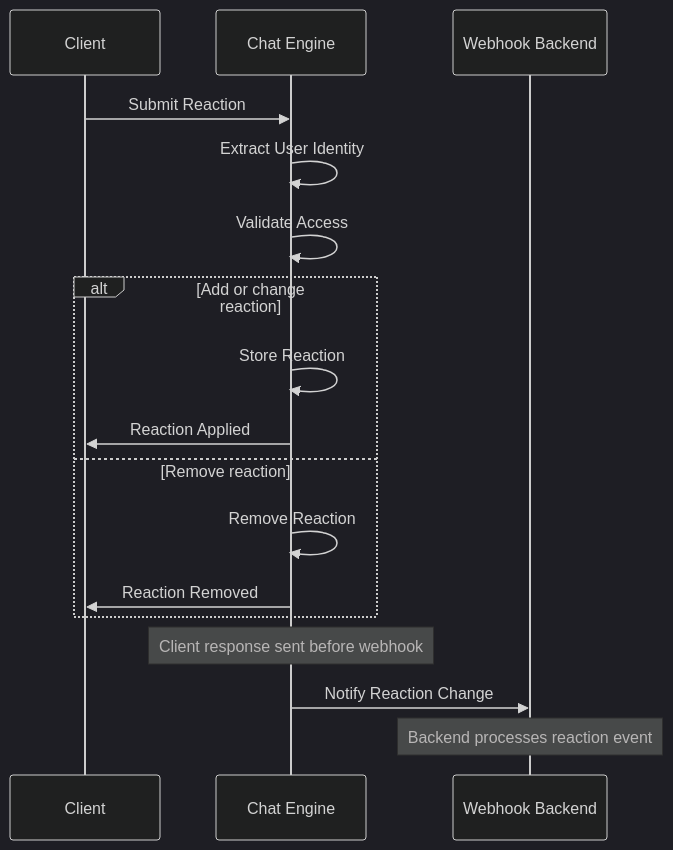
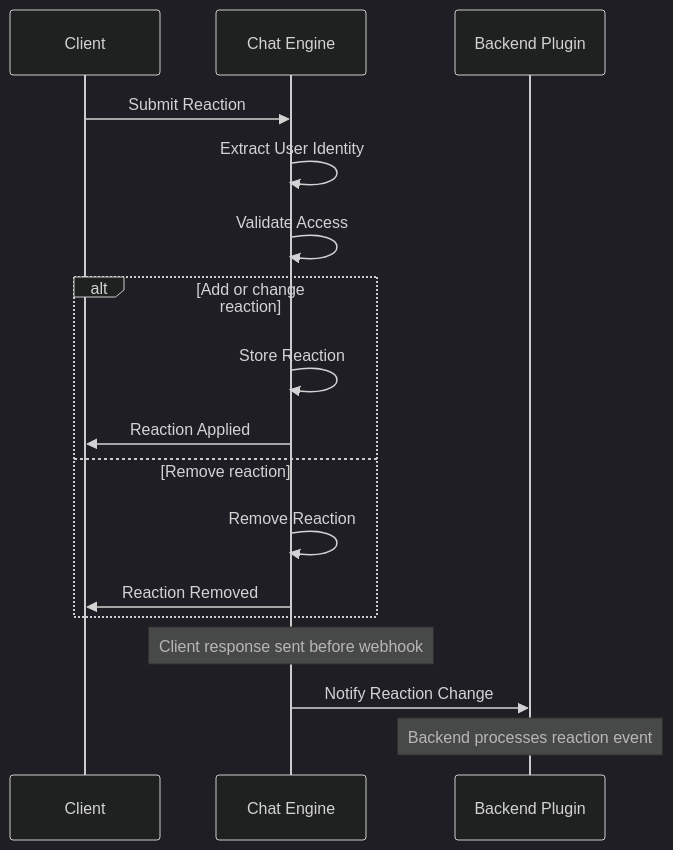
Before and after one commit to Ritmix3300/cyberfabric-core: diagram 15 of 16 in modules/chat_engine/DESIGN.md, drawn with Mermaid (dark theme). The commit also changed other lines of this file and 26 other files, not shown here.

Commit message:
replace webhook backend with backend plugin

````diff
--- a/modules/chat_engine/DESIGN.md
+++ b/modules/chat_engine/DESIGN.md
@@ -905,23 +901,23 @@
 ```mermaid
 sequenceDiagram
     participant C as Client
     participant CE as Chat Engine
-    participant WH as Webhook Backend
+    participant WH as Backend Plugin
 
     C->>CE: Submit Reaction
     CE->>CE: Extract User Identity
     CE->>CE: Validate Access
 
     alt Add or change reaction
         CE->>CE: Store Reaction
         CE->>C: Reaction Applied
     else Remove reaction
         CE->>CE: Remove Reaction
         CE->>C: Reaction Removed
     end
 
     Note over CE: Client response sent before webhook
 
     CE->>WH: Notify Reaction Change
     Note over WH: Backend processes reaction event
 ```
````
